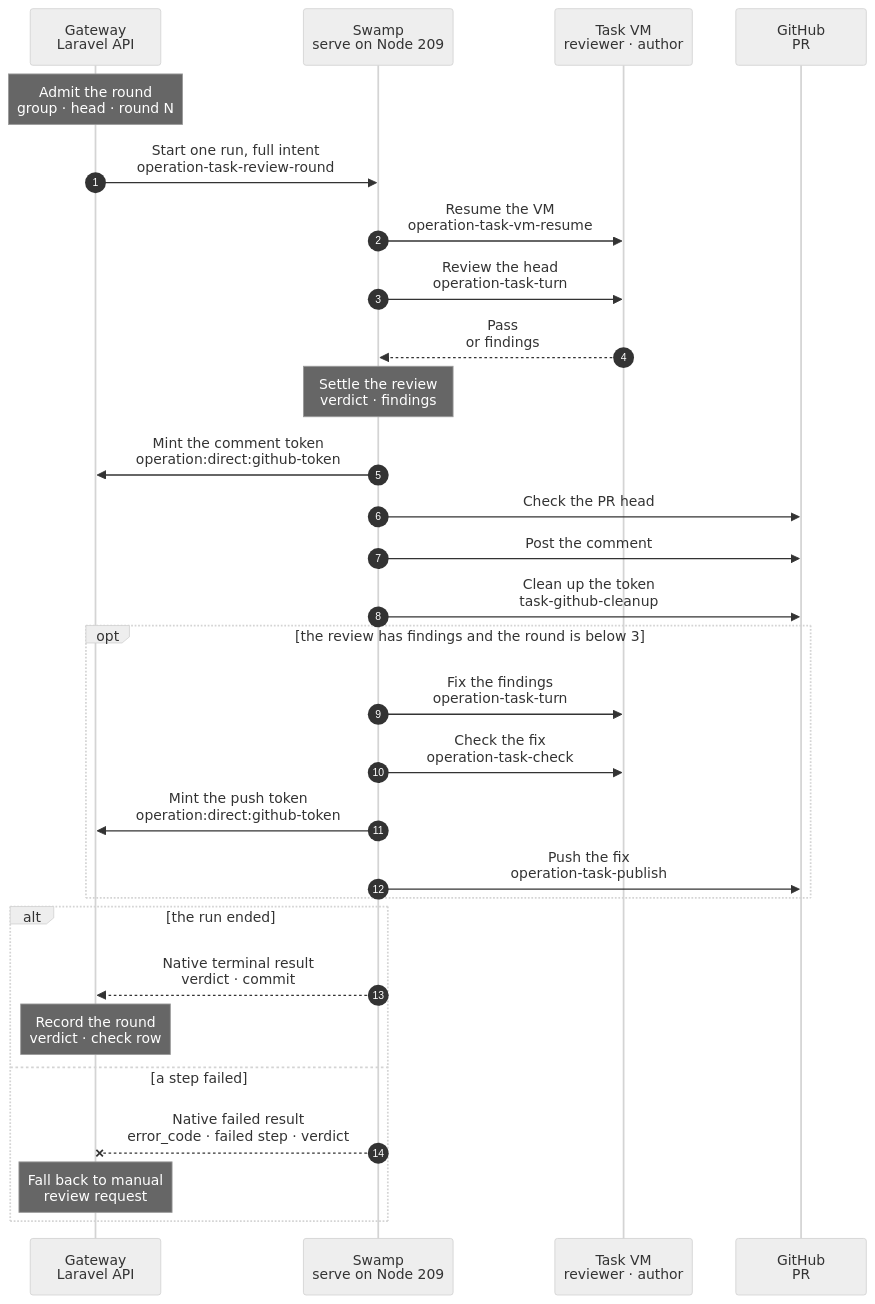
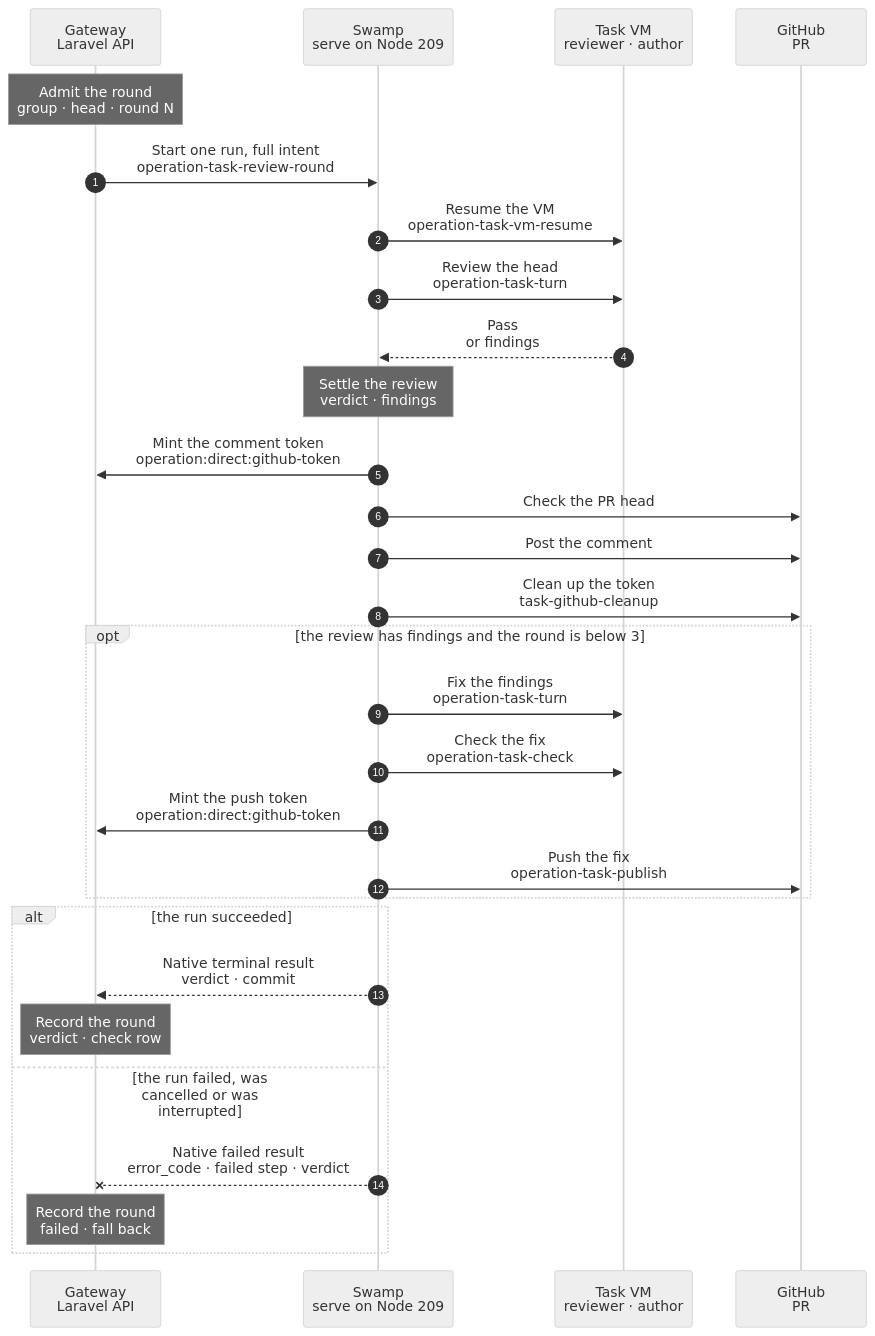
The diagram in docs/cli/tasks/review-round.mmd (hardimpactdev/orbit), drawn with Mermaid (neutral theme) before and after one commit.

Commit message:
docs(tasks): review round chart records every end and closes the check row

```diff
--- a/docs/cli/tasks/review-round.mmd
+++ b/docs/cli/tasks/review-round.mmd
@@ -1,96 +1,102 @@
 sequenceDiagram
   %% Target design: stage 4 of the command development pipeline (docs/reference/pipeline/4-pr-and-ci.mmd, "Admit a review round"): one Swamp run per round. The pattern of tasks:prep-fix: one admission, one parent Swamp run, existing workflows as children. It replaces the gate check driving the reviewer turn, the comment and the fix one admission at a time. Decided by the orchestrator, for Nick's review.
   %% status: draft
   %% kind: tasks.review_round
   autonumber
   %% lane GW icon=gateway pill=intent tone=blue
   %% lane SW icon=workflow pill=executes tone=green
   %% lane VM icon=terminal pill=target tone=amber
   %% lane GH icon=server pill=target tone=purple
   participant GW as Gateway<br/>Laravel API
   participant SW as Swamp<br/>serve on Node 209
   participant VM as Task VM<br/>reviewer · author
   participant GH as GitHub<br/>PR
   Note over GW: Admit the round<br/>group · head · round N
   %%> Who calls it:
   %%> - the gate check `tasks:pr-gate`, once for each head of a group in automatic mode; there is no command, route or MCP tool
   %%> Requirements:
   %%> - the group is an open external group of a review-and-merge Project, with a published PR that is out of draft, and no running operation
   %%> - the PR head is eligible: a passed handoff candidate of the current subtask, or a head that an earlier round of this group pushed
   %%> - the group used fewer than 3 rounds, and the merge check of the PR is green on the head
   %%> What it does:
   %%> - captures, in one transaction, the resume of the VM, the reviewer turn in a new thread, and the comment
   %%> - in rounds 1 and 2 it also captures the fix: the author turn, the local check and the push. Round 3 captures no fix, so findings in round 3 end the run
   %%> - creates the check row of the fix as `running` and puts its id in the intent; the check has no hosted CI, so it needs no CI token
+  %%> - the row belongs to the current open subtask of the group, as `tasks:check` does today; the base, the deliverables and the empty setup come from that subtask
   %%> - names the vault keys of the Pi token, the comment token and the push token; the run writes the Pi token when it starts, and each GitHub step mints its token when it runs
   %%> - records the round (group, head, round number), so a repeat tick on the same head replays this Operation
+  %%> - the round row gets two new columns, the pushed commit and the check row; the three `fix_*_operation_id` columns go
   %%> Not captured:
   %%> - the findings: the fix prompt, the comment body and the pushed commit are built by the run from the settled review
   GW->>SW: Start one run, full intent<br/>operation-task-review-round
   %%> What it does:
   %%> - starts one Swamp run on serve (Node 209); no Node is a target
   %%> Inputs:
   %%> - the whole intent above and the vault key names of the credentials, never their values
   %%> - two steps of the run call the Gateway: the comment and the push mint their tokens when they start, with the run id of this run
   SW->>VM: Resume the VM<br/>operation-task-vm-resume
   %%> What it does:
   %%> - starts the parked VM and waits for its agent and Pi; the workspace and the Pi sessions are as the park left them
   SW->>VM: Review the head<br/>operation-task-turn
   %%> What it does:
   %%> - a new reviewer thread, with the role `reviewer`: an agent that took no part in the spec, the code or an earlier round
   %%> - it reads the PR head, the chart, the page, the cases and the CI result, and judges them against the review rules; it changes no file
   VM-->>SW: Pass<br/>or findings
   Note over SW: Settle the review<br/>verdict · findings
   %%> What it does:
-  %%> - the `settle` method of `@nckrtl/task-turn-data` turns the outcome of the reviewer into a verdict: pass, findings, or failed
+  %%> - a new `verdict` method of `@nckrtl/task-turn-data` turns the outcome of the reviewer into a verdict: pass, findings, or failed
   %%> - the findings become the end of the prompt of the fix turn and the body of the comment
   SW->>GW: Mint the comment token<br/>operation:direct:github-token
   %%> What it does:
   %%> - mints a token with only `pull_requests: write` into the vault key that admission named
   SW->>GH: Check the PR head
   %%> What it does:
-  %%> - refuses a PR that is not open or whose head is not the head of the round, with `tasks_pr.head_moved`
+  %%> - refuses a PR that is not open or whose head is not the head of the round, with `tasks_pr.head_moved`; the step may fail without failing the run, because the push refuses a moved branch itself
   SW->>GH: Post the comment
   %%> What it does:
   %%> - posts the verdict and the findings as a comment of the App, so Nick can read them
   %%> - the step may fail without failing the run: a comment that GitHub refused never loses the verdict or the fix
   %%> Why:
   %%> - the App opened the PR, and GitHub does not let an author approve its own PR, so the pass is recorded by the Gateway, not as a GitHub approval
   SW->>GH: Clean up the token<br/>task-github-cleanup
   %%> When:
   %%> - always, on success and failure
   opt the review has findings and the round is below 3
     SW->>VM: Fix the findings<br/>operation-task-turn
     %%> What it does:
     %%> - the author thread of the group gets the findings as its prompt and fixes them in the workspace
     %%> Refuses:
     %%> - a turn that does not end with the outcome `ready_for_review`: nothing is checked or pushed
     SW->>VM: Check the fix<br/>operation-task-check
     %%> What it does:
     %%> - the handoff check of the Project on the workspace, as `tasks:check` runs it, without hosted CI: the PR runs its own CI on the pushed head
     %%> Refuses:
-    %%> - a check that did not pass: nothing is pushed
+    %%> - a check that did not pass, or that ends `changed`, because the author must make the commit: nothing is pushed
     SW->>GW: Mint the push token<br/>operation:direct:github-token
     SW->>GH: Push the fix<br/>operation-task-publish
     %%> What it does:
     %%> - pushes the checked commit to the branch of the PR without force, with `check: null` as `tasks:prep-fix` does; the commit, tree and refspec come from the output of the check
     %%> - the head moves; once the merge check is green on it, the gate check admits the next round
     %%> Refuses:
     %%> - a branch that moved since the park, with `tasks.not_fast_forward`; nothing is overwritten
   end
-  alt the run ended
+  alt the run succeeded
     SW-->>GW: Native terminal result<br/>verdict · commit
     %%> How the Gateway learns it:
     %%> - its shared run reader sees the terminal event; Swamp never calls the Gateway
     Note over GW: Record the round<br/>verdict · check row
     %%> Result:
     %%> - the Gateway records the verdict and the findings of that head and round, updates the check row from the output of the check, and records the pushed commit on the round, so that `eligible()` accepts it as the next head
+    %%> - a pass, or round 3, leaves no fix: the check row is set to `cancelled`
     %%> - a pass lets the gate check admit the merge step
-  else a step failed
+  else the run failed, was cancelled or was interrupted
     SW--xGW: Native failed result<br/>error_code · failed step · verdict
     %%> The Gateway reads:
     %%> - which step failed and its error code; the result keeps the verdict when the review ended, even if the fix did not pass
-    Note over GW: Fall back to manual<br/>review request
+    Note over GW: Record the round<br/>failed · fall back
     %%> Result:
+    %%> - every end records the round: the verdict the run reached, or `failed` when it reached none, so the gate never waits on a round that ended; the check row is closed as `failed` or `cancelled`
     %%> - after round 3 with findings, a failed round, or a failed fix, the gate check switches the group to manual mode; the ready step then requests the review of Nick
+    %%> - the same holds when the merge check is red on a head that a round pushed
+    %%> - a group that is cancelled or completed stops the run as `tasks:cancel` stops any operation of the group, and nothing falls back
   end
```
